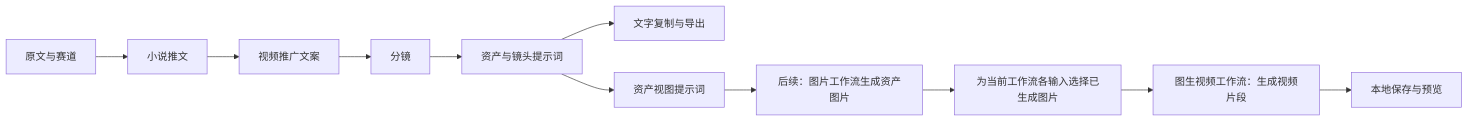
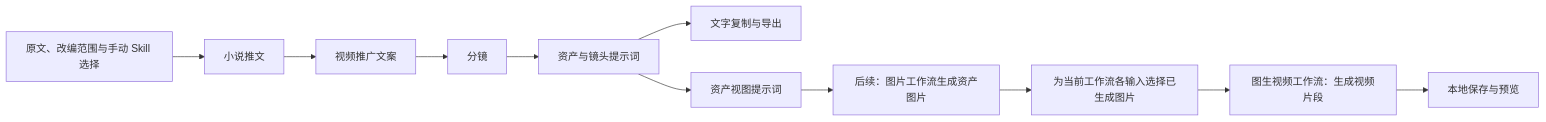
Before and after one commit to thisHobart/NovelWriter: the first of 5 diagrams in docs/short_video/architecture.md, drawn with Mermaid. The commit also changed other lines of this file and 20 other files, not shown here.

````diff
--- a/docs/short_video/architecture.md
+++ b/docs/short_video/architecture.md
@@ -17,13 +17,13 @@
 ```mermaid
 flowchart LR
-    A[原文与赛道] --> B[小说推文]
+    A[原文、改编范围与手动 Skill 选择] --> B[小说推文]
     B --> C[视频推广文案]
     C --> D[分镜]
     D --> E[资产与镜头提示词]
     E --> F[文字复制与导出]
     E --> G[资产视图提示词]
     G --> H[后续：图片工作流生成资产图片]
     H --> I[为当前工作流各输入选择已生成图片]
     I --> J[图生视频工作流：生成视频片段]
     J --> K[本地保存与预览]
 ```
````
